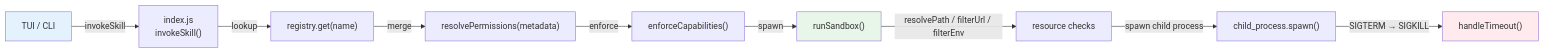
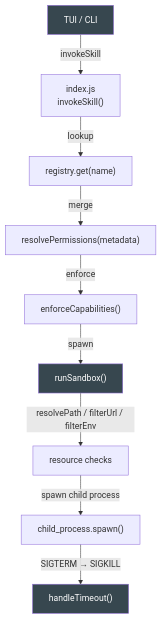
The seventh of 9 diagrams in docs/OVERVIEW.md (avoidwork/madz), drawn with Mermaid before and after one commit. The commit also changed other lines of this file, not shown here.

Commit message:
docs: finalize Key Data Flows charts — vertical flow, standardized backgrounds

````diff
--- a/docs/OVERVIEW.md
+++ b/docs/OVERVIEW.md
@@ -474,15 +474,15 @@
 ```mermaid
-flowchart LR
+flowchart TD
     UI["TUI / CLI"] -->|"invokeSkill"| IS["index.js\ninvokeSkill()"]
     IS -->|"lookup"| RG["registry.get(name)"]
     RG -->|"merge"| RP["resolvePermissions(metadata)"]
     RP -->|"enforce"| EC["enforceCapabilities()"]
     EC -->|"spawn"| SB["runSandbox()"]
     SB -->|"resolvePath / filterUrl / filterEnv"| RS["resource checks"]
     RS -->|"spawn child process"| SP["child_process.spawn()"]
     SP -->|"SIGTERM → SIGKILL"| TH["handleTimeout()"]
 
-    style UI fill:#e3f2fd
-    style SB fill:#e8f5e9
-    style TH fill:#ffebee
+    style UI fill:#37474f,color:#fff
+    style SB fill:#37474f,color:#fff
+    style TH fill:#37474f,color:#fff
 ```
````
